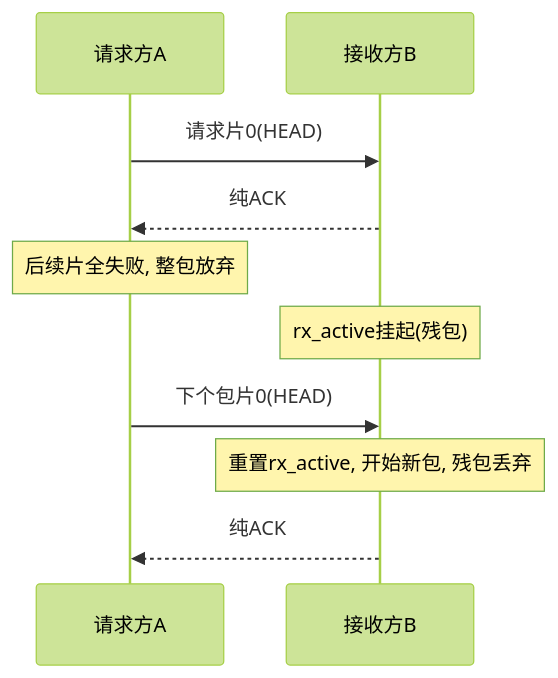
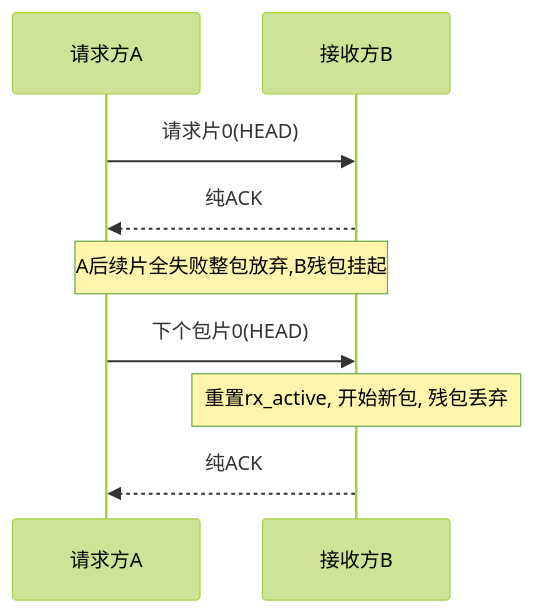
Diagram 12 of 13 in 工作/项目/代码/260401S3分拣面板-SIA-R9000P.md (Siaiai/ObsidianNote), drawn with Mermaid (forest theme) before and after one commit. The commit also changed other lines of this file, not shown here.

````diff
--- a/工作/项目/代码/260401S3分拣面板-SIA-R9000P.md
+++ b/工作/项目/代码/260401S3分拣面板-SIA-R9000P.md
@@ -222,12 +216,11 @@
 ```mermaid
 sequenceDiagram
     participant A as 请求方A
     participant B as 接收方B
     A->>B: 请求片0(HEAD)
     B-->>A: 纯ACK
-    Note over A: 后续片全失败, 整包放弃
-    Note over B: rx_active挂起(残包)
+    Note over A,B: A后续片全失败整包放弃,B残包挂起
     A->>B: 下个包片0(HEAD)
     Note over B: 重置rx_active, 开始新包, 残包丢弃
     B-->>A: 纯ACK
 ```
````
